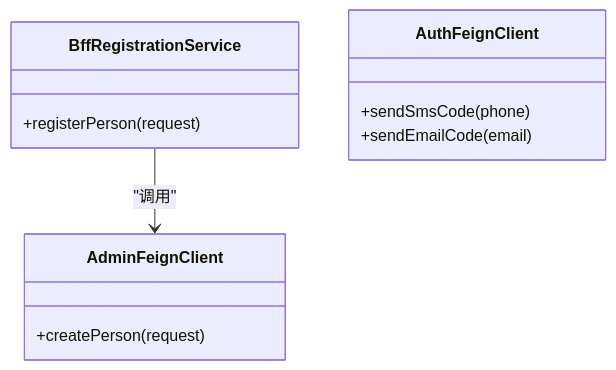
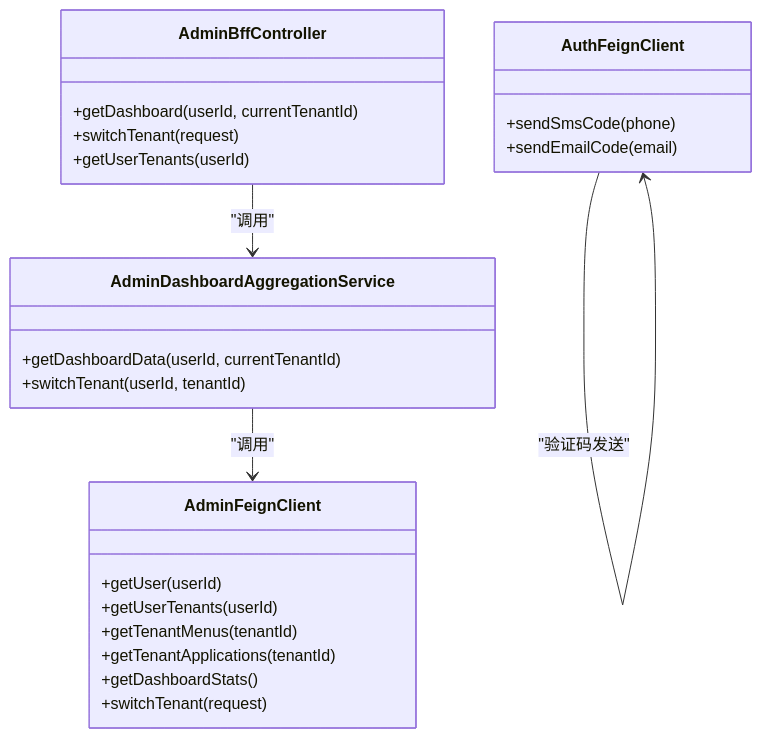
One commit to fq0121104930716/iam-platform changed the sixth of 7 diagrams in .qoder/repowiki/zh/content/核心模块/前端代理服务器 (iam-bff-server).md. Above: the diagram before and after it, drawn with Mermaid. The commit also changed other lines of this file and 75 other files, not shown here.

````diff
--- a/.qoder/repowiki/zh/content/核心模块/前端代理服务器 (iam-bff-server).md
+++ b/.qoder/repowiki/zh/content/核心模块/前端代理服务器 (iam-bff-server).md
@@ -252,14 +351,27 @@
 ```mermaid
 classDiagram
-class BffRegistrationService {
-+registerPerson(request)
+class AdminDashboardAggregationService {
++getDashboardData(userId, currentTenantId)
++switchTenant(userId, tenantId)
+}
+class AdminBffController {
++getDashboard(userId, currentTenantId)
++switchTenant(request)
++getUserTenants(userId)
 }
 class AdminFeignClient {
-+createPerson(request)
++getUser(userId)
++getUserTenants(userId)
++getTenantMenus(tenantId)
++getTenantApplications(tenantId)
++getDashboardStats()
++switchTenant(request)
 }
 class AuthFeignClient {
 +sendSmsCode(phone)
 +sendEmailCode(email)
 }
-BffRegistrationService --> AdminFeignClient : "调用"
+AdminBffController --> AdminDashboardAggregationService : "调用"
+AdminDashboardAggregationService --> AdminFeignClient : "调用"
+AuthFeignClient --> AuthFeignClient : "验证码发送"
 ```
````
